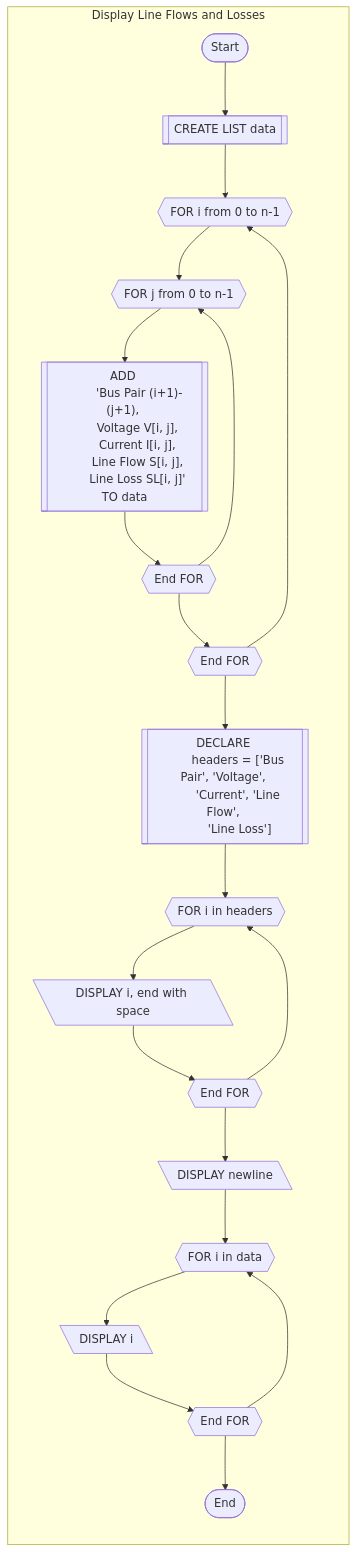
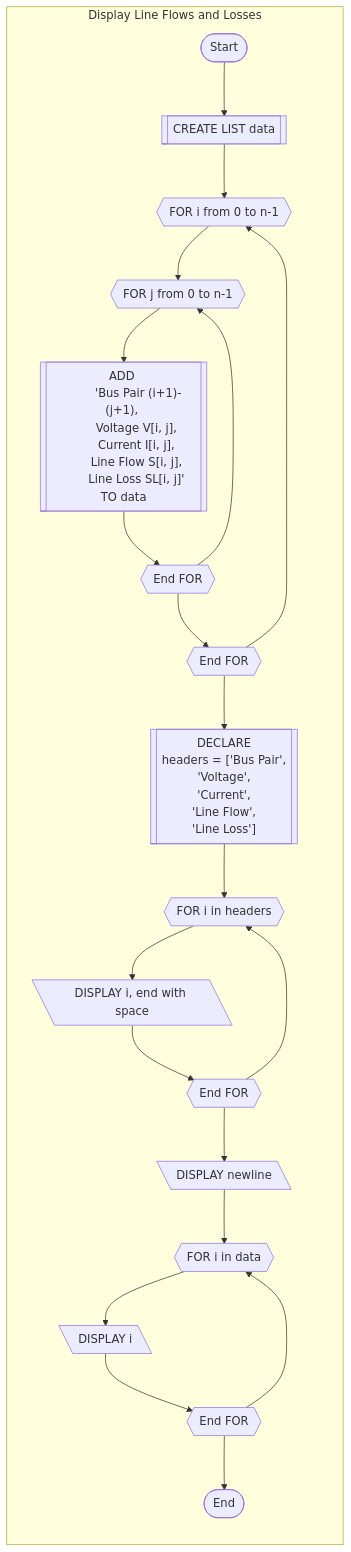
Before and after one commit to Sree2011/flowcharts-load-flow-analysis: the fourth of 4 diagrams in line-flows-and-losses.md, drawn with Mermaid.

```diff
--- a/line-flows-and-losses.md
+++ b/line-flows-and-losses.md
@@ -126,34 +126,36 @@
 <pre class="mermaid">
 graph LR
     subgraph Display Line Flows and Losses
         direction TB
         LLL([Start])
         LLL --> MMM[[CREATE LIST data]]
         MMM --> NNN[FOR i from 0 to n-1]@{shape: hex}
         NNN --> OOO[FOR j from 0 to n-1]@{shape: hex}
         OOO --> PPP[["ADD 
         'Bus Pair (i+1)-(j+1), 
         Voltage V[i, j], 
         Current I[i, j], 
         Line Flow S[i, j], 
         Line Loss SL[i, j]' TO data"]]
         PPP --> QQQ[End FOR]@{shape: hex}
         QQQ --> OOO
         QQQ --> RRR[End FOR]@{shape: hex}
         RRR --> NNN
         RRR --> SSS[["DECLARE 
-        headers = ['Bus Pair', 'Voltage', 
-        'Current', 'Line Flow', 
+        headers = ['Bus Pair', 
+        'Voltage', 
+        'Current', 
+        'Line Flow', 
         'Line Loss']"]]
         SSS --> TTT[FOR i in headers]@{shape: hex}
         TTT --> UUU[DISPLAY i, end with space]@{shape: lean-left}
         UUU --> VVV[End FOR]@{shape: hex}
         VVV --> TTT
         VVV --> WWW[DISPLAY newline]@{shape: lean-left}
         WWW --> XXX[FOR i in data]@{shape: hex}
         XXX --> YYY[DISPLAY i]@{shape: lean-left}
         YYY --> ZZZ[End FOR]@{shape: hex}
         ZZZ --> XXX
         ZZZ --> AAAA([End])
     end
 </pre>
```
